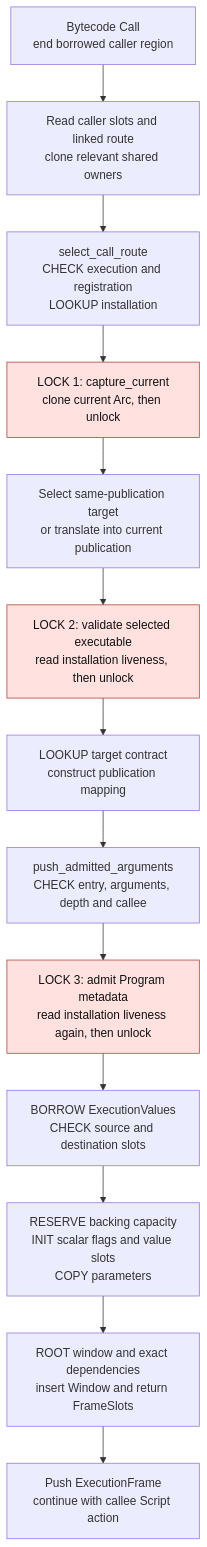
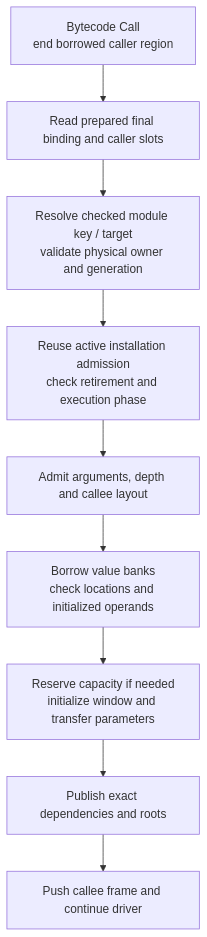
One commit to kagari-lang/kagari changed the first of 3 diagrams in docs/architecture/runtime/calls.md. Above: the diagram before and after it, drawn with Mermaid. The commit also changed other lines of this file and 27 other files, not shown here.

````diff
--- a/docs/architecture/runtime/calls.md
+++ b/docs/architecture/runtime/calls.md
@@ -49,17 +25,11 @@
 ```mermaid
 flowchart TD
-    CALL["Bytecode Call<br/>end borrowed caller region"] --> SITE["Read caller slots and linked route<br/>clone relevant shared owners"]
-    SITE --> SELECT["select_call_route<br/>CHECK execution and registration<br/>LOOKUP installation"]
-    SELECT --> L1["LOCK 1: capture_current<br/>clone current Arc, then unlock"]
-    L1 --> TARGET["Select same-publication target<br/>or translate into current publication"]
-    TARGET --> L2["LOCK 2: validate selected executable<br/>read installation liveness, then unlock"]
-    L2 --> MAP["LOOKUP target contract<br/>construct publication mapping"]
-    MAP --> ADMIT["push_admitted_arguments<br/>CHECK entry, arguments, depth and callee"]
-    ADMIT --> L3["LOCK 3: admit Program metadata<br/>read installation liveness again, then unlock"]
-    L3 --> BANK["BORROW ExecutionValues<br/>CHECK source and destination slots"]
-    BANK --> INIT["RESERVE backing capacity<br/>INIT scalar flags and value slots<br/>COPY parameters"]
-    INIT --> ROOT["ROOT window and exact dependencies<br/>insert Window and return FrameSlots"]
-    ROOT --> FRAME["Push ExecutionFrame<br/>continue with callee Script action"]
-    classDef lock fill:#ffe1df,stroke:#b13a32,color:#111;
-    class L1,L2,L3 lock;
+    CALL["Bytecode Call<br/>end borrowed caller region"] --> SITE["Read prepared final binding and caller slots"]
+    SITE --> TARGET["Resolve checked module key / target<br/>validate physical owner and generation"]
+    TARGET --> AUTH["Reuse active installation admission<br/>check retirement and execution phase"]
+    AUTH --> ADMIT["Admit arguments, depth and callee layout"]
+    ADMIT --> BANK["Borrow value banks<br/>check locations and initialized operands"]
+    BANK --> INIT["Reserve capacity if needed<br/>initialize window and transfer parameters"]
+    INIT --> ROOT["Publish exact dependencies and roots"]
+    ROOT --> FRAME["Push callee frame and continue driver"]
 ```
````
